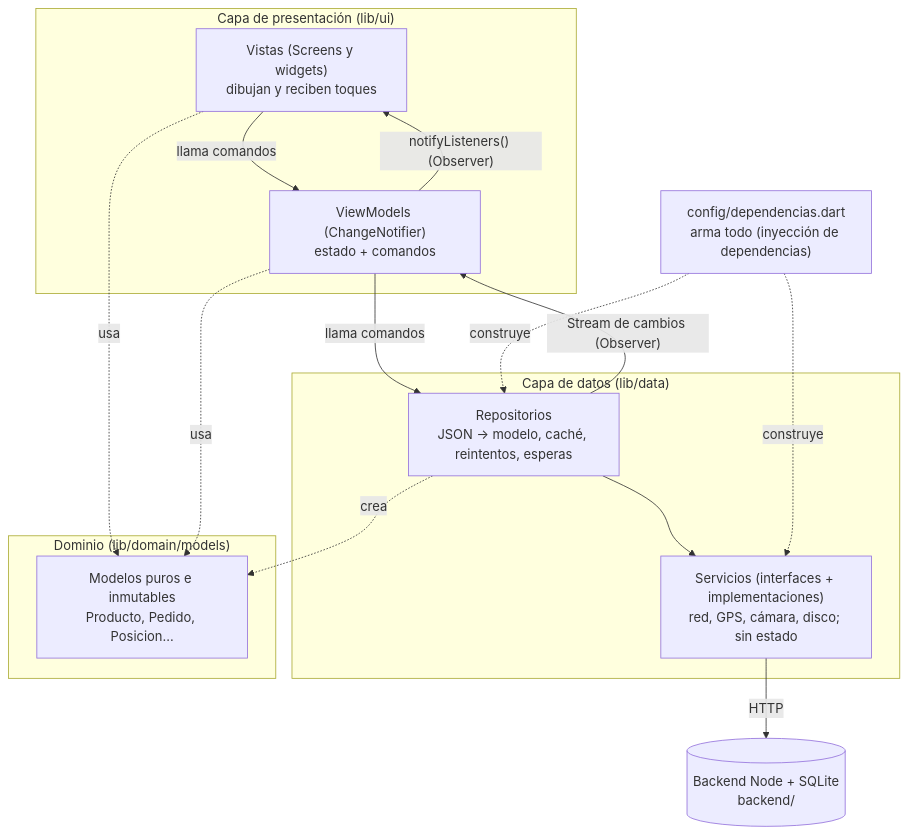
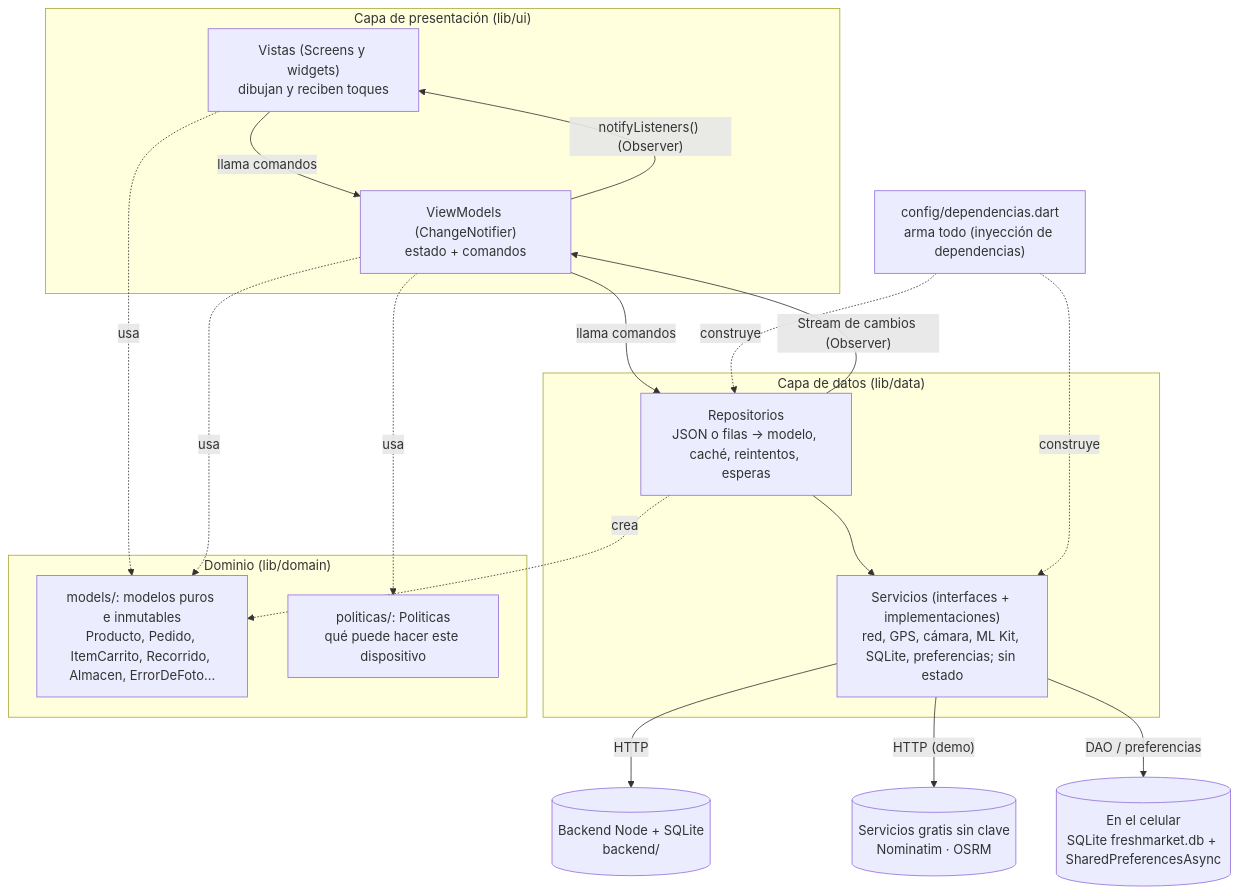
One commit to ZogeGBR/ProgAppCelu changed the first of 9 diagrams in docs/ARQUITECTURA.md. Above: the diagram before and after it, drawn with Mermaid. The commit also changed other lines of this file and 18 other files, not shown here.

First line of the commit message:
Documentación actualizada: carrito en SQLite, base local v3, cámara y datos reales

````diff
--- a/docs/ARQUITECTURA.md
+++ b/docs/ARQUITECTURA.md
@@ -9,28 +13,34 @@
 ```mermaid
 flowchart TB
     subgraph UI["Capa de presentación (lib/ui)"]
         V["Vistas (Screens y widgets)<br/>dibujan y reciben toques"]
         VM["ViewModels (ChangeNotifier)<br/>estado + comandos"]
     end
     subgraph DATA["Capa de datos (lib/data)"]
-        R["Repositorios<br/>JSON → modelo, caché, reintentos, esperas"]
-        S["Servicios (interfaces + implementaciones)<br/>red, GPS, cámara, disco; sin estado"]
+        R["Repositorios<br/>JSON o filas → modelo, caché, reintentos, esperas"]
+        S["Servicios (interfaces + implementaciones)<br/>red, GPS, cámara, ML Kit, SQLite, preferencias; sin estado"]
     end
-    subgraph DOM["Dominio (lib/domain/models)"]
-        M["Modelos puros e inmutables<br/>Producto, Pedido, Posicion..."]
+    subgraph DOM["Dominio (lib/domain)"]
+        M["models/: modelos puros e inmutables<br/>Producto, Pedido, ItemCarrito, Recorrido, Almacen, ErrorDeFoto..."]
+        P["politicas/: Politicas<br/>qué puede hacer este dispositivo"]
     end
     CFG["config/dependencias.dart<br/>arma todo (inyección de dependencias)"]
     BE[("Backend Node + SQLite<br/>backend/")]
+    CEL[("En el celular<br/>SQLite freshmarket.db + SharedPreferencesAsync")]
+    EXT[("Servicios gratis sin clave<br/>Nominatim · OSRM")]
 
     V -- "llama comandos" --> VM
     VM -- "notifyListeners() (Observer)" --> V
     VM -- "llama comandos" --> R
     R -- "Stream de cambios (Observer)" --> VM
     R --> S
     S -- "HTTP" --> BE
+    S -- "HTTP (demo)" --> EXT
+    S -- "DAO / preferencias" --> CEL
     V -.usa.-> M
     VM -.usa.-> M
+    VM -.usa.-> P
     R -.crea.-> M
     CFG -.construye.-> R
     CFG -.construye.-> S
 ```
````
